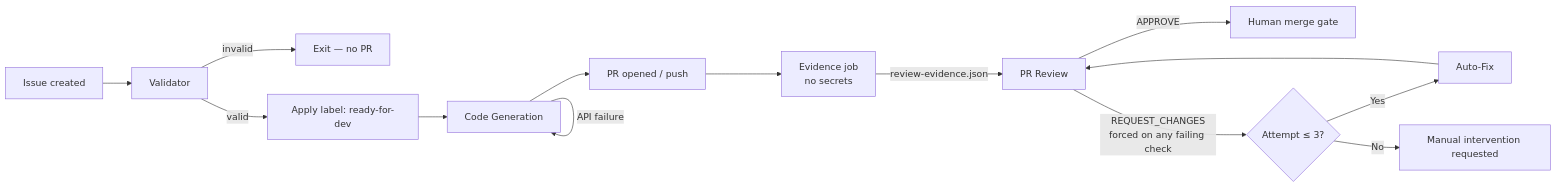
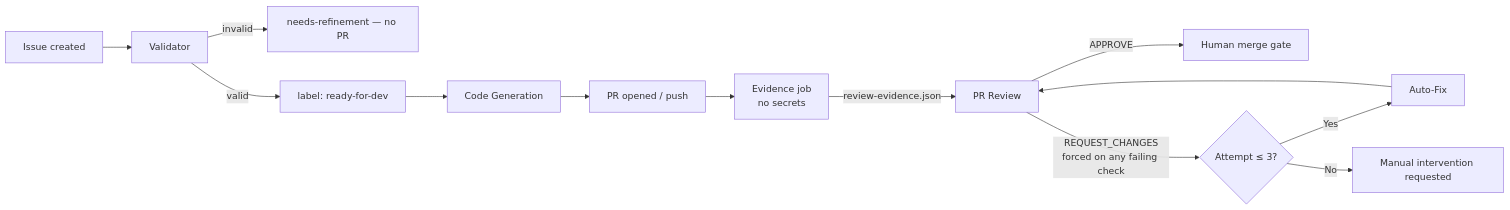
One commit to koydas/autonomous-dev-loop changed the diagram in README.md. Above: the diagram before and after it, drawn with Mermaid. The commit also changed other lines of this file, not shown here.

````diff
--- a/README.md
+++ b/README.md
@@ -71,16 +41,15 @@
 ```mermaid
 graph LR
     A[Issue created] --> B[Validator]
-    B -->|invalid| Z[Exit — no PR]
-    B -->|valid| C[Apply label: ready-for-dev]
+    B -->|invalid| Z[needs-refinement — no PR]
+    B -->|valid| C[label: ready-for-dev]
     C --> D[Code Generation]
-    D -->|API failure| D
     D --> E[PR opened / push]
     E --> EV[Evidence job<br/>no secrets]
     EV -->|review-evidence.json| F[PR Review]
     F -->|APPROVE| G[Human merge gate]
     F -->|REQUEST_CHANGES<br/>forced on any failing check| H{Attempt ≤ 3?}
     H -->|Yes| I[Auto-Fix]
     I --> F
     H -->|No| J[Manual intervention requested]
 ```
````
